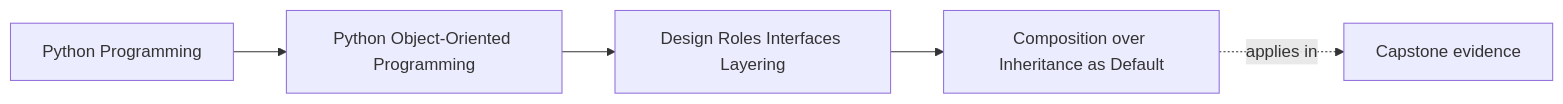
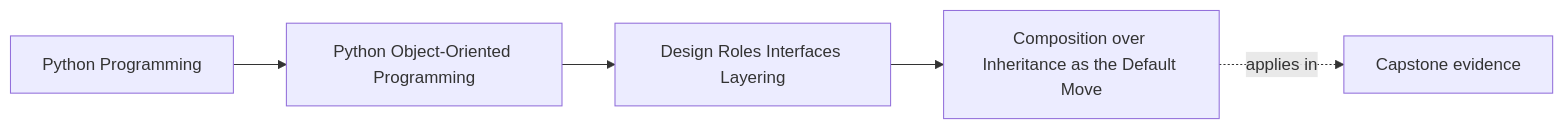
Before and after one commit to bijux/bijux-masterclass: the first of 2 diagrams in programs/python-programming/python-object-oriented-programming/course-book/module-02-design-roles-interfaces-layering/composition-over-inheritance.md, drawn with Mermaid. The commit also changed other lines of this file, not shown here.

Commit message:
docs(oop): make composition the default design move

````diff
--- a/programs/python-programming/python-object-oriented-programming/course-book/module-02-design-roles-interfaces-layering/composition-over-inheritance.md
+++ b/programs/python-programming/python-object-oriented-programming/course-book/module-02-design-roles-interfaces-layering/composition-over-inheritance.md
@@ -7,11 +6,11 @@
 ```mermaid
 graph LR
   family["Python Programming"]
   program["Python Object-Oriented Programming"]
   section["Design Roles Interfaces Layering"]
-  page["Composition over Inheritance as Default"]
+  page["Composition over Inheritance as the Default Move"]
   capstone["Capstone evidence"]
 
   family --> program --> section --> page
   page -.applies in.-> capstone
 ```
````
